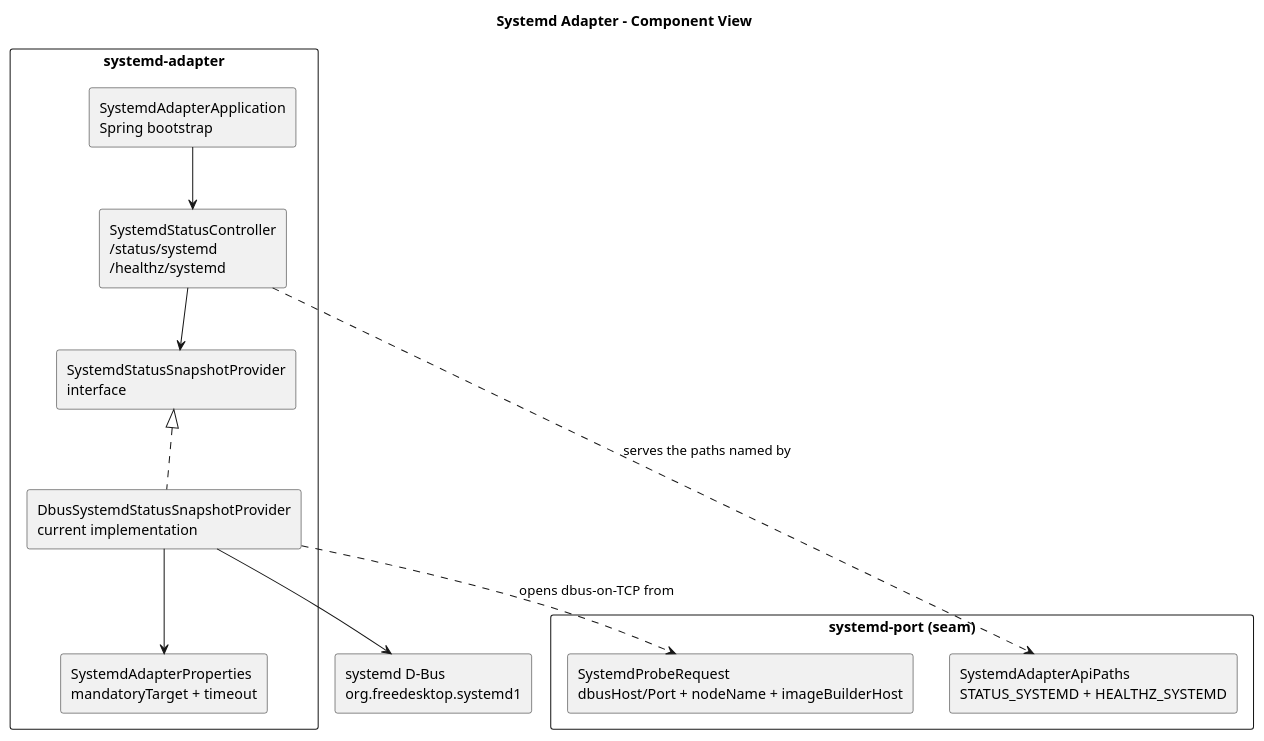
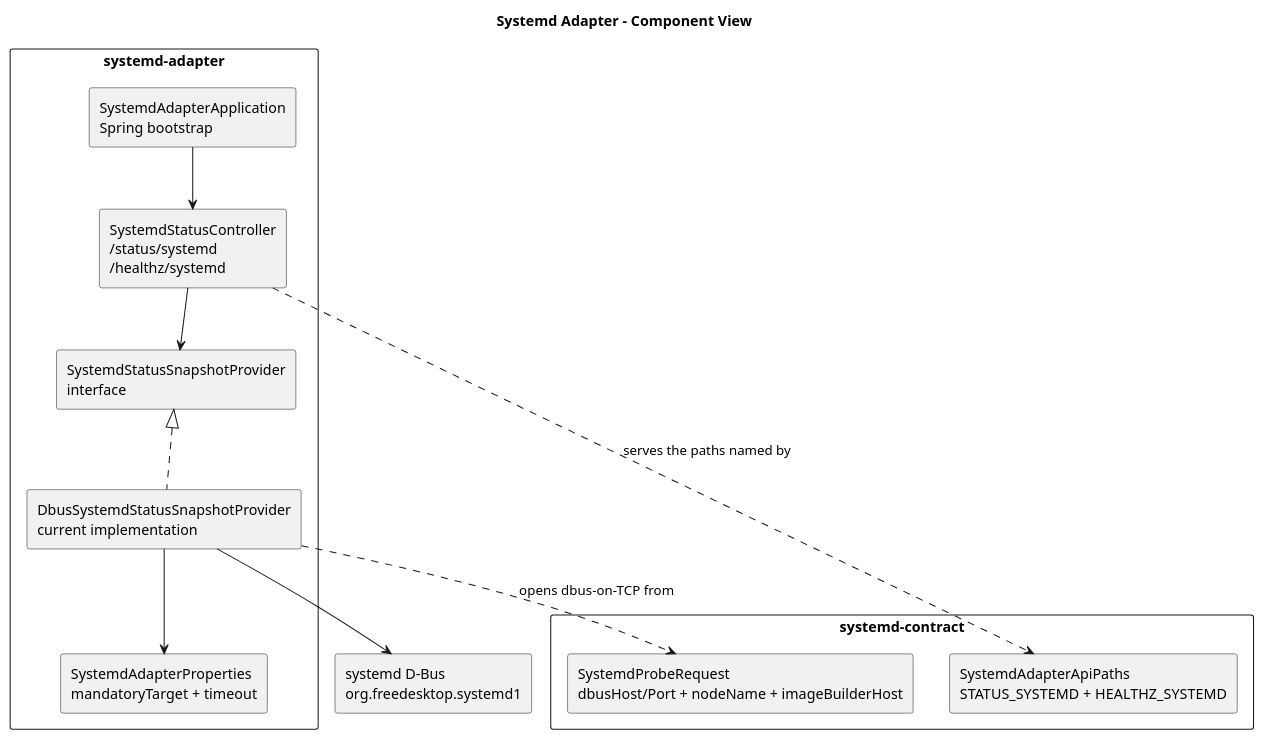
The third of 4 diagrams in docs/architecture/systemd/systemd-dbus-adapter-architecture.adoc (nxmatic/rke2lab), drawn with PlantUML before and after one commit. The commit also changed other lines of this file and 25 other files, not shown here.

```diff
--- a/docs/architecture/systemd/systemd-dbus-adapter-architecture.adoc
+++ b/docs/architecture/systemd/systemd-dbus-adapter-architecture.adoc
@@ -105,33 +105,33 @@
 [plantuml,systemd-adapter-components,svg]
 ----
 @startuml
 top to bottom direction
 skinparam shadowing false
 skinparam packageStyle rectangle
 
 title Systemd Adapter - Component View
 
 package "systemd-adapter" {
   rectangle "SystemdAdapterApplication\nSpring bootstrap" as app
   rectangle "SystemdStatusController\n/status/systemd\n/healthz/systemd" as controller
   rectangle "SystemdStatusSnapshotProvider\ninterface" as provider
   rectangle "DbusSystemdStatusSnapshotProvider\ncurrent implementation" as dbusProvider
   rectangle "SystemdAdapterProperties\nmandatoryTarget + timeout" as props
 }
 
-package "systemd-port (seam)" {
+package "systemd-contract" {
   rectangle "SystemdAdapterApiPaths\nSTATUS_SYSTEMD + HEALTHZ_SYSTEMD" as apiPaths
   rectangle "SystemdProbeRequest\ndbusHost/Port + nodeName + imageBuilderHost" as probeReq
 }
 
 rectangle "systemd D-Bus\norg.freedesktop.systemd1" as systemdDbus
 
 app --> controller
 controller ..> apiPaths : serves the paths named by
 controller --> provider
 provider <|.. dbusProvider
 dbusProvider ..> probeReq : opens dbus-on-TCP from
 dbusProvider --> props
 dbusProvider --> systemdDbus
 @enduml
 ----
```
